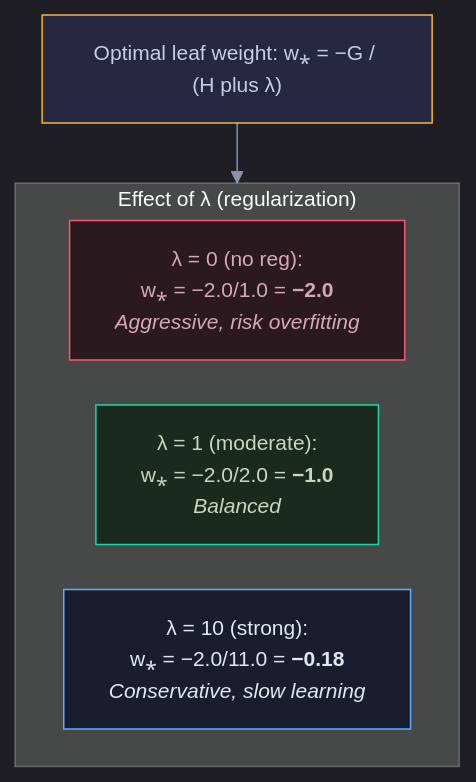
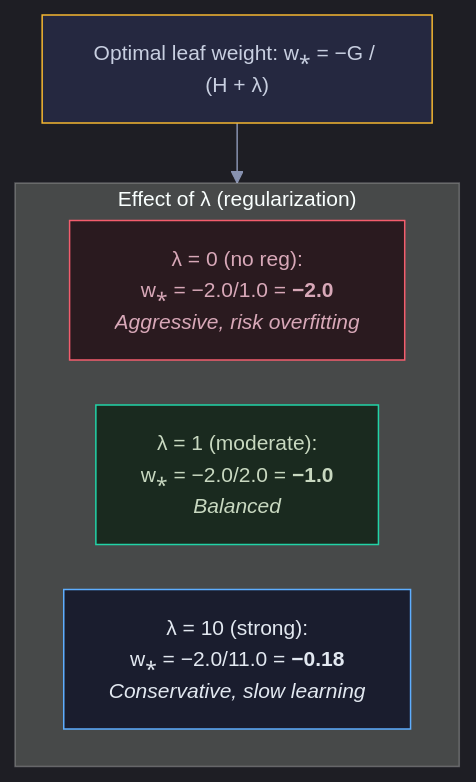
Before and after one commit to snehith1234/StudyCircle: the sixth of 11 diagrams in Documents/Visual_Guides/ML_Concepts/XGBoost_Visual.md, drawn with Mermaid. The commit also changed other lines of this file and 10 other files, not shown here.

First line of the commit message:
Fix Mermaid formatting and add RNN/LSTM guides

````diff
--- a/Documents/Visual_Guides/ML_Concepts/XGBoost_Visual.md
+++ b/Documents/Visual_Guides/ML_Concepts/XGBoost_Visual.md
@@ -143,18 +143,18 @@
 ```mermaid
 %%{init: {'theme': 'dark', 'themeVariables': {'darkMode': true, 'background': '#0e1117', 'primaryColor': '#1a1d2e', 'primaryTextColor': '#e2e8f0', 'primaryBorderColor': '#2d3148', 'lineColor': '#8892b0', 'secondaryColor': '#252840', 'tertiaryColor': '#1a1d2e', 'fontSize': '14px', 'edgeLabelBackground': '#0e1117'}, 'flowchart': {'nodeSpacing': 30, 'rankSpacing': 40, 'padding': 15, 'htmlLabels': true}}}%%
 graph TD
-    FORMULA["Optimal leaf weight: w⁎ = −G / (H plus λ)"]
+    FORMULA["Optimal leaf weight: w⁎ = −G / (H + λ)"]
 
     subgraph LAMBDA_EFFECT["Effect of λ (regularization)"]
         L0["λ = 0 (no reg):<br/>w⁎ = −2.0/1.0 = <b>−2.0</b><br/><i>Aggressive, risk overfitting</i>"]
         L1["λ = 1 (moderate):<br/>w⁎ = −2.0/2.0 = <b>−1.0</b><br/><i>Balanced</i>"]
         L10["λ = 10 (strong):<br/>w⁎ = −2.0/11.0 = <b>−0.18</b><br/><i>Conservative, slow learning</i>"]
     end
 
     FORMULA --> LAMBDA_EFFECT
 
     style FORMULA fill:#252840,stroke:#f5b731,color:#c8cfe0
     style L0 fill:#2a1a1f,stroke:#f45d6d,color:#d8a8b8
     style L1 fill:#1a2a1f,stroke:#22d3a7,color:#c8d8c0
     style L10 fill:#1a1d2e,stroke:#5eaeff,color:#e2e8f0
 ```
````
